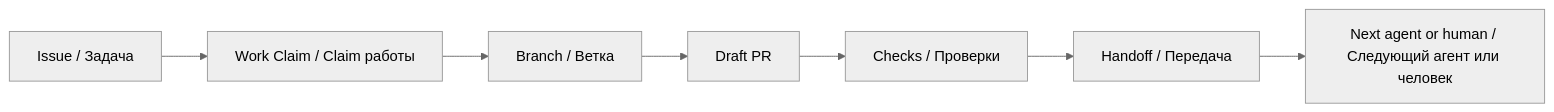
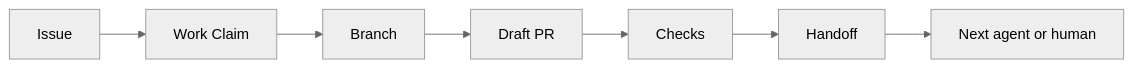
The diagram in README.md (artyomboyko/Agent_Handoff), drawn with Mermaid (neutral theme) before and after one commit. The commit also changed other lines of this file, not shown here.

````diff
--- a/README.md
+++ b/README.md
@@ -30,9 +24,9 @@
 ```mermaid
 flowchart LR
-    I[Issue / Задача] --> C[Work Claim / Claim работы]
-    C --> B[Branch / Ветка]
+    I[Issue] --> C[Work Claim]
+    C --> B[Branch]
     B --> P[Draft PR]
-    P --> T[Checks / Проверки]
-    T --> H[Handoff / Передача]
-    H --> N[Next agent or human / Следующий агент или человек]
+    P --> T[Checks]
+    T --> H[Handoff]
+    H --> N[Next agent or human]
 ```
````
